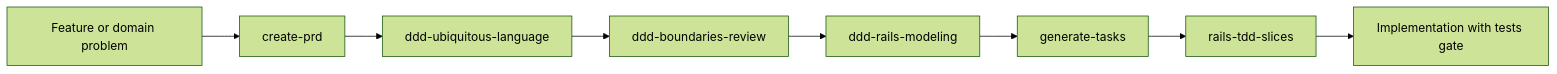
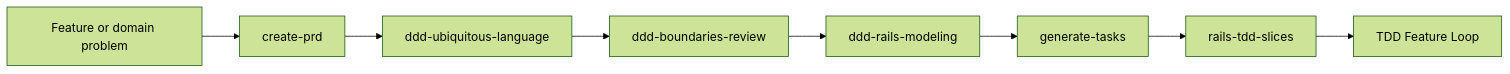
Before and after one commit to igmarin/my-RoR-personal-skills: the third of 15 diagrams in docs/workflow-guide.md, drawn with Mermaid (forest theme). The commit also changed other lines of this file and 9 other files, not shown here.

First line of the commit message:
feat: TDD Feature Loop, GraphQL skill, review-response split, and new workflows (#10)

````diff
--- a/docs/workflow-guide.md
+++ b/docs/workflow-guide.md
@@ -62,10 +117,10 @@
 ```mermaid
 flowchart LR
     A[Feature or domain problem] --> B[create-prd]
     B --> C[ddd-ubiquitous-language]
     C --> D[ddd-boundaries-review]
     D --> E[ddd-rails-modeling]
     E --> F[generate-tasks]
     F --> G[rails-tdd-slices]
-    G --> H[Implementation with tests gate]
+    G --> H[TDD Feature Loop]
 ```
````
